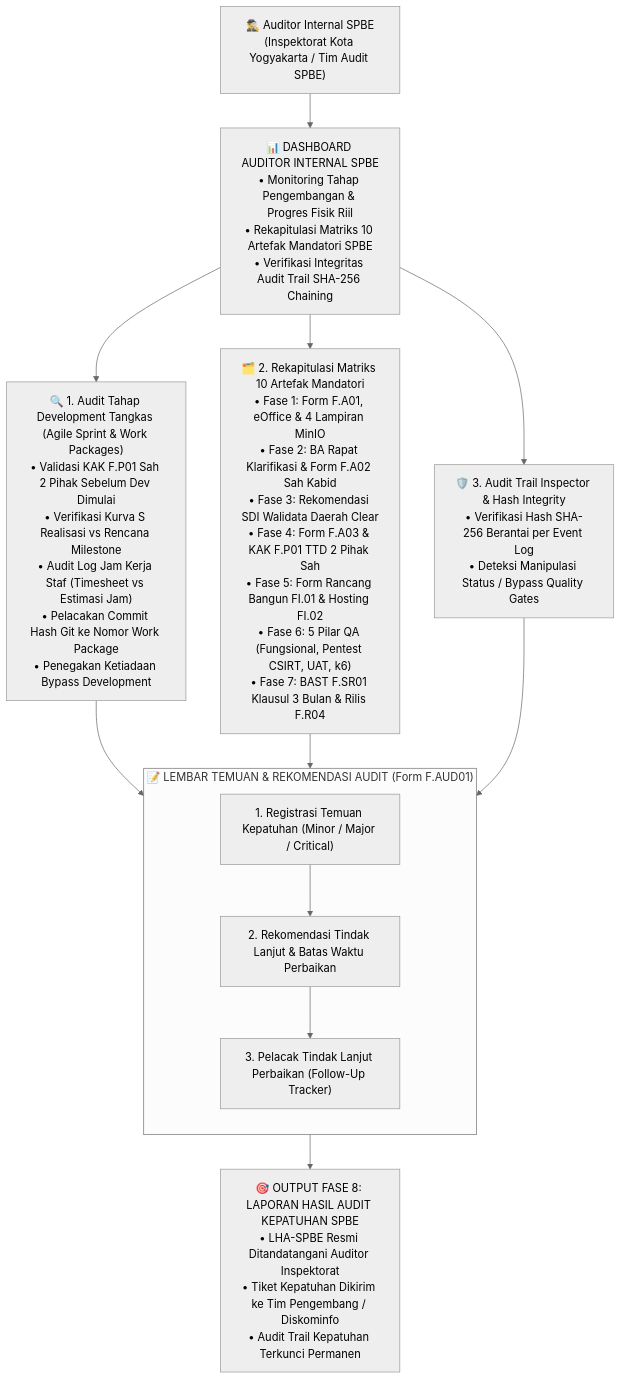
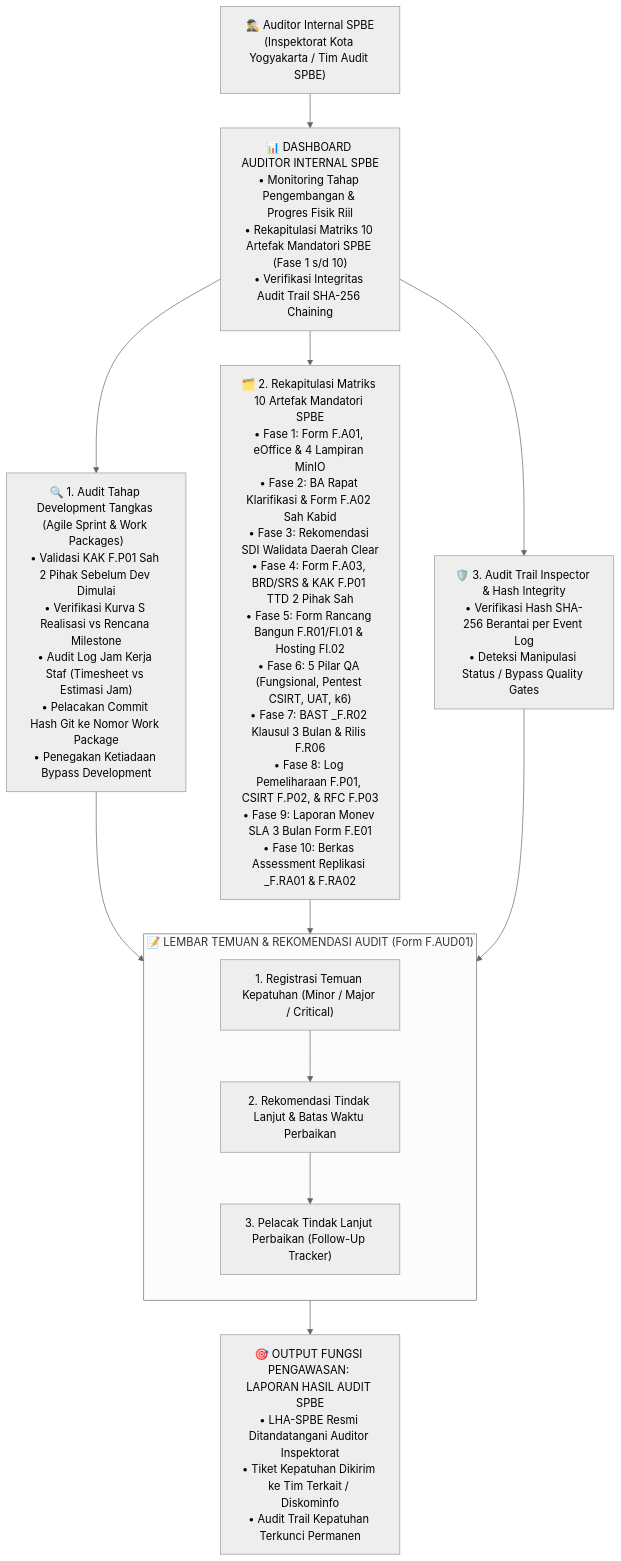
Diagram 11 of 13 in Blueprint.md (bimasulistyaw-hash/mpti), drawn with Mermaid (neutral theme) before and after one commit. The commit also changed other lines of this file, not shown here.

Commit message:
docs(blueprint): align To-Be workflow with 10 official SPBE stages, add Maintenance (F.P01-P03), Monev (F.E01), and Replication (F.RA01-RA02) diagrams

````diff
--- a/Blueprint.md
+++ b/Blueprint.md
@@ -414,26 +536,26 @@
   ```mermaid
   flowchart TD
       Auditor["🕵️‍♂️ Auditor Internal SPBE<br/>(Inspektorat Kota Yogyakarta / Tim Audit SPBE)"]
       
-      Auditor --> DashAuditor["📊 DASHBOARD AUDITOR INTERNAL SPBE<br/>• Monitoring Tahap Pengembangan & Progres Fisik Riil<br/>• Rekapitulasi Matriks 10 Artefak Mandatori SPBE<br/>• Verifikasi Integritas Audit Trail SHA-256 Chaining"]
+      Auditor --> DashAuditor["📊 DASHBOARD AUDITOR INTERNAL SPBE<br/>• Monitoring Tahap Pengembangan & Progres Fisik Riil<br/>• Rekapitulasi Matriks 10 Artefak Mandatori SPBE (Fase 1 s/d 10)<br/>• Verifikasi Integritas Audit Trail SHA-256 Chaining"]
       
       DashAuditor --> CheckDev["🔍 1. Audit Tahap Development Tangkas (Agile Sprint & Work Packages)<br/>• Validasi KAK F.P01 Sah 2 Pihak Sebelum Dev Dimulai<br/>• Verifikasi Kurva S Realisasi vs Rencana Milestone<br/>• Audit Log Jam Kerja Staf (Timesheet vs Estimasi Jam)<br/>• Pelacakan Commit Hash Git ke Nomor Work Package<br/>• Penegakan Ketiadaan Bypass Development"]
       
-      DashAuditor --> CheckArtifacts["🗂️ 2. Rekapitulasi Matriks 10 Artefak Mandatori<br/>• Fase 1: Form F.A01, eOffice & 4 Lampiran MinIO<br/>• Fase 2: BA Rapat Klarifikasi & Form F.A02 Sah Kabid<br/>• Fase 3: Rekomendasi SDI Walidata Daerah Clear<br/>• Fase 4: Form F.A03 & KAK F.P01 TTD 2 Pihak Sah<br/>• Fase 5: Form Rancang Bangun FI.01 & Hosting FI.02<br/>• Fase 6: 5 Pilar QA (Fungsional, Pentest CSIRT, UAT, k6)<br/>• Fase 7: BAST F.SR01 Klausul 3 Bulan & Rilis F.R04"]
+      DashAuditor --> CheckArtifacts["🗂️ 2. Rekapitulasi Matriks 10 Artefak Mandatori SPBE<br/>• Fase 1: Form F.A01, eOffice & 4 Lampiran MinIO<br/>• Fase 2: BA Rapat Klarifikasi & Form F.A02 Sah Kabid<br/>• Fase 3: Rekomendasi SDI Walidata Daerah Clear<br/>• Fase 4: Form F.A03, BRD/SRS & KAK F.P01 TTD 2 Pihak Sah<br/>• Fase 5: Form Rancang Bangun F.R01/FI.01 & Hosting FI.02<br/>• Fase 6: 5 Pilar QA (Fungsional, Pentest CSIRT, UAT, k6)<br/>• Fase 7: BAST _F.R02 Klausul 3 Bulan & Rilis F.R06<br/>• Fase 8: Log Pemeliharaan F.P01, CSIRT F.P02, & RFC F.P03<br/>• Fase 9: Laporan Monev SLA 3 Bulan Form F.E01<br/>• Fase 10: Berkas Assessment Replikasi _F.RA01 & F.RA02"]
       
       DashAuditor --> CheckAuditTrail["🛡️ 3. Audit Trail Inspector & Hash Integrity<br/>• Verifikasi Hash SHA-256 Berantai per Event Log<br/>• Deteksi Manipulasi Status / Bypass Quality Gates"]
       
       CheckDev --> FormAudit
       CheckArtifacts --> FormAudit
       CheckAuditTrail --> FormAudit
       
       subgraph FormAudit ["📝 LEMBAR TEMUAN & REKOMENDASI AUDIT (Form F.AUD01)"]
           direction TB
           FA1["1. Registrasi Temuan Kepatuhan (Minor / Major / Critical)"]
           FA2["2. Rekomendasi Tindak Lanjut & Batas Waktu Perbaikan"]
           FA3["3. Pelacak Tindak Lanjut Perbaikan (Follow-Up Tracker)"]
           FA1 --> FA2 --> FA3
       end
       
-      FormAudit --> OutFase8["🎯 OUTPUT FASE 8: LAPORAN HASIL AUDIT KEPATUHAN SPBE<br/>• LHA-SPBE Resmi Ditandatangani Auditor Inspektorat<br/>• Tiket Kepatuhan Dikirim ke Tim Pengembang / Diskominfo<br/>• Audit Trail Kepatuhan Terkunci Permanen"]
+      FormAudit --> OutFase11["🎯 OUTPUT FUNGSI PENGAWASAN: LAPORAN HASIL AUDIT SPBE<br/>• LHA-SPBE Resmi Ditandatangani Auditor Inspektorat<br/>• Tiket Kepatuhan Dikirim ke Tim Terkait / Diskominfo<br/>• Audit Trail Kepatuhan Terkunci Permanen"]
   ```
````
